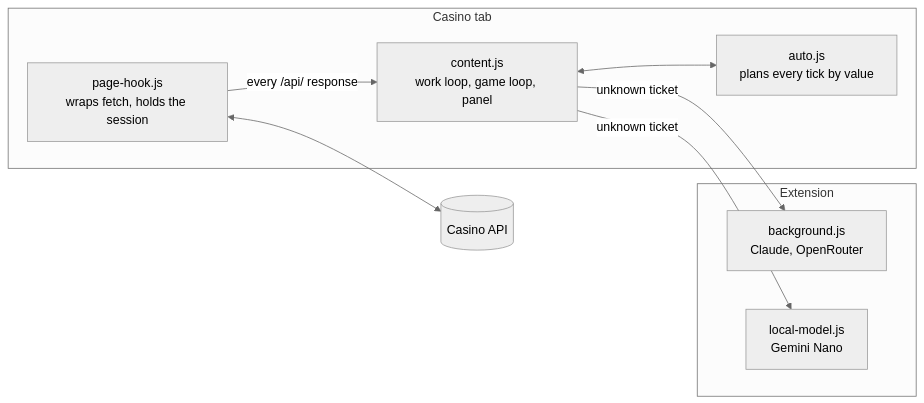
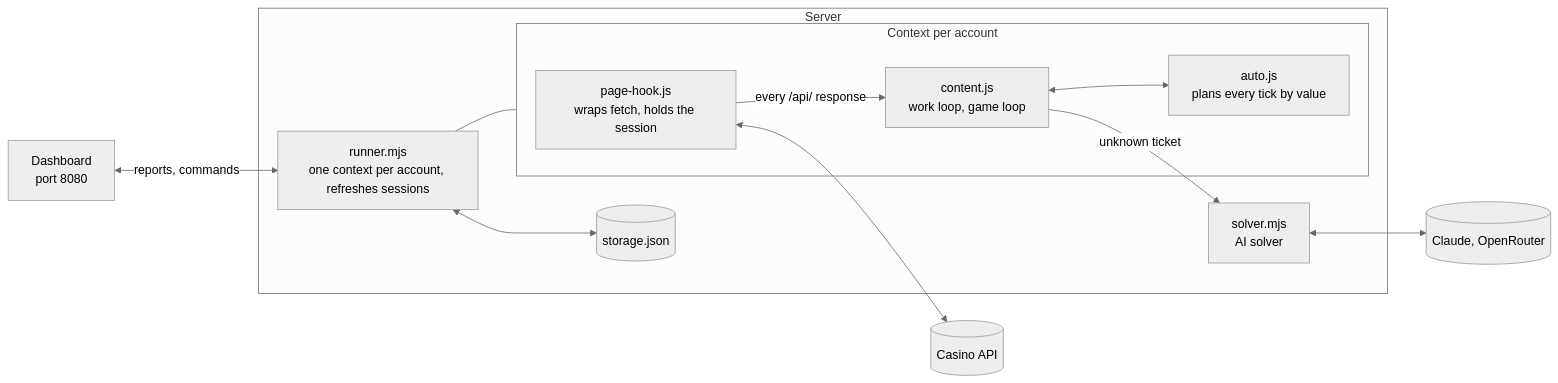
Before and after one commit to PsyChonek/Botter: the diagram in README.md, drawn with Mermaid (neutral theme). The commit also changed other lines of this file and 1 other file, not shown here.

Commit message:
docs: describe the server-only bot, per-account switches and the new dashboard pages

````diff
--- a/README.md
+++ b/README.md
@@ -43,18 +37,24 @@
 ```mermaid
 flowchart LR
   api[(Casino API)]
-  subgraph tab [Casino tab]
-    hook["page-hook.js<br>wraps fetch, holds the session"]
-    content["content.js<br>work loop, game loop, panel"]
-    auto["auto.js<br>plans every tick by value"]
+  ai[(Claude, OpenRouter)]
+  subgraph server [Server]
+    runner["runner.mjs<br>one context per account, refreshes sessions"]
+    subgraph ctx [Context per account]
+      hook["page-hook.js<br>wraps fetch, holds the session"]
+      content["content.js<br>work loop, game loop"]
+      auto["auto.js<br>plans every tick by value"]
+    end
+    solver["solver.mjs<br>AI solver"]
+    store[("storage.json")]
   end
-  subgraph ext [Extension]
-    bg["background.js<br>Claude, OpenRouter"]
-    nano["local-model.js<br>Gemini Nano"]
-  end
+  dash["Dashboard<br>port 8080"]
   hook <--> api
   hook -- every /api/ response --> content
   content <--> auto
-  content -- unknown ticket --> bg
-  content -- unknown ticket --> nano
+  content -- unknown ticket --> solver
+  solver <--> ai
+  runner --- ctx
+  runner <--> store
+  dash <-- reports, commands --> runner
 ```
````
